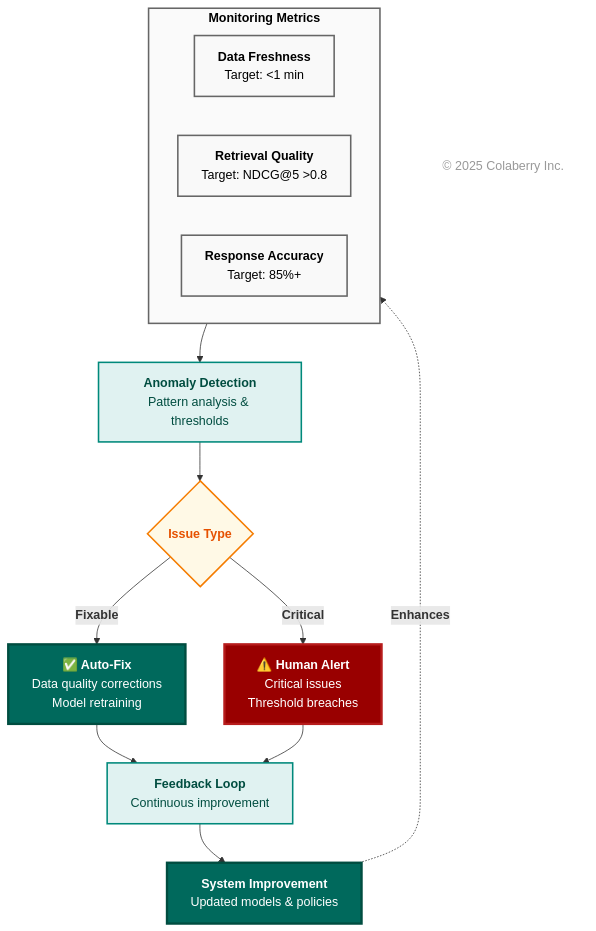
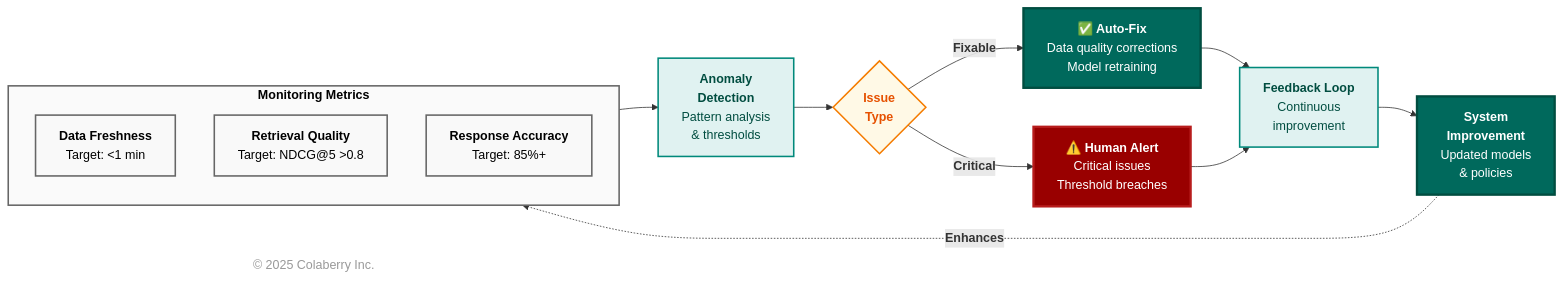
Diagram 11 of 18 in chapter-01/chapter_1_complete.md (colaberry/enterprise-data-readiness-ai-agents), drawn with Mermaid before and after one commit. The commit also changed other lines of this file, not shown here.

First line of the commit message:
diagrams made efficient with space

````diff
--- a/chapter-01/chapter_1_complete.md
+++ b/chapter-01/chapter_1_complete.md
@@ -1718,48 +1709,46 @@
 ```mermaid
-graph TB
+graph LR
     subgraph metrics["<b>Monitoring Metrics</b>"]
+        direction TB
         M1["<b>Data Freshness</b><br/>Target: <1 min"]
         M2["<b>Retrieval Quality</b><br/>Target: NDCG@5 >0.8"]
         M3["<b>Response Accuracy</b><br/>Target: 85%+"]
     end
     
-    DETECT["<b>Anomaly Detection</b><br/>Pattern analysis & thresholds"]
+    DETECT["<b>Anomaly<br/>Detection</b><br/>Pattern analysis<br/>& thresholds"]
     
-    CLASSIFY{<b>Issue Type</b>}
+    CLASSIFY{<b>Issue<br/>Type</b>}
     
     AUTO["<b>✅ Auto-Fix</b><br/>Data quality corrections<br/>Model retraining"]
     
     ALERT["<b>⚠️ Human Alert</b><br/>Critical issues<br/>Threshold breaches"]
     
-    FEEDBACK["<b>Feedback Loop</b><br/>Continuous improvement"]
+    FEEDBACK["<b>Feedback Loop</b><br/>Continuous<br/>improvement"]
     
-    IMPROVE["<b>System Improvement</b><br/>Updated models & policies"]
+    IMPROVE["<b>System<br/>Improvement</b><br/>Updated models<br/>& policies"]
     
     metrics --> DETECT
     DETECT --> CLASSIFY
     CLASSIFY -->|"<b>Fixable</b>"| AUTO
     CLASSIFY -->|"<b>Critical</b>"| ALERT
     AUTO --> FEEDBACK
     ALERT --> FEEDBACK
     FEEDBACK --> IMPROVE
     IMPROVE -.->|"<b>Enhances</b>"| metrics
     
-    %% Link styling
-    
     style metrics fill:#fafafa,stroke:#666666,stroke-width:2px,color:#000000
     style M1 fill:#f9f9f9,stroke:#666666,stroke-width:2px,color:#000000
     style M2 fill:#f9f9f9,stroke:#666666,stroke-width:2px,color:#000000
     style M3 fill:#f9f9f9,stroke:#666666,stroke-width:2px,color:#000000
     style DETECT fill:#e0f2f1,stroke:#00897b,stroke-width:2px,color:#004d40
     style CLASSIFY fill:#fff9e6,stroke:#f57c00,stroke-width:2px,color:#e65100
     style AUTO fill:#00695c,color:#ffffff,stroke:#004d40,stroke-width:3px
     style ALERT fill:#990000,color:#ffffff,stroke:#b71c1c,stroke-width:3px
     style FEEDBACK fill:#e0f2f1,stroke:#00897b,stroke-width:2px,color:#004d40
+    style IMPROVE fill:#00695c,color:#ffffff,stroke:#004d40,stroke-width:3px
 
     %% Copyright Notice
     CR["© 2025 Colaberry Inc."]
-
-    style IMPROVE fill:#00695c,color:#ffffff,stroke:#004d40,stroke-width:3px
     style CR fill:none,stroke:none,color:#999999
 
 ```
````
